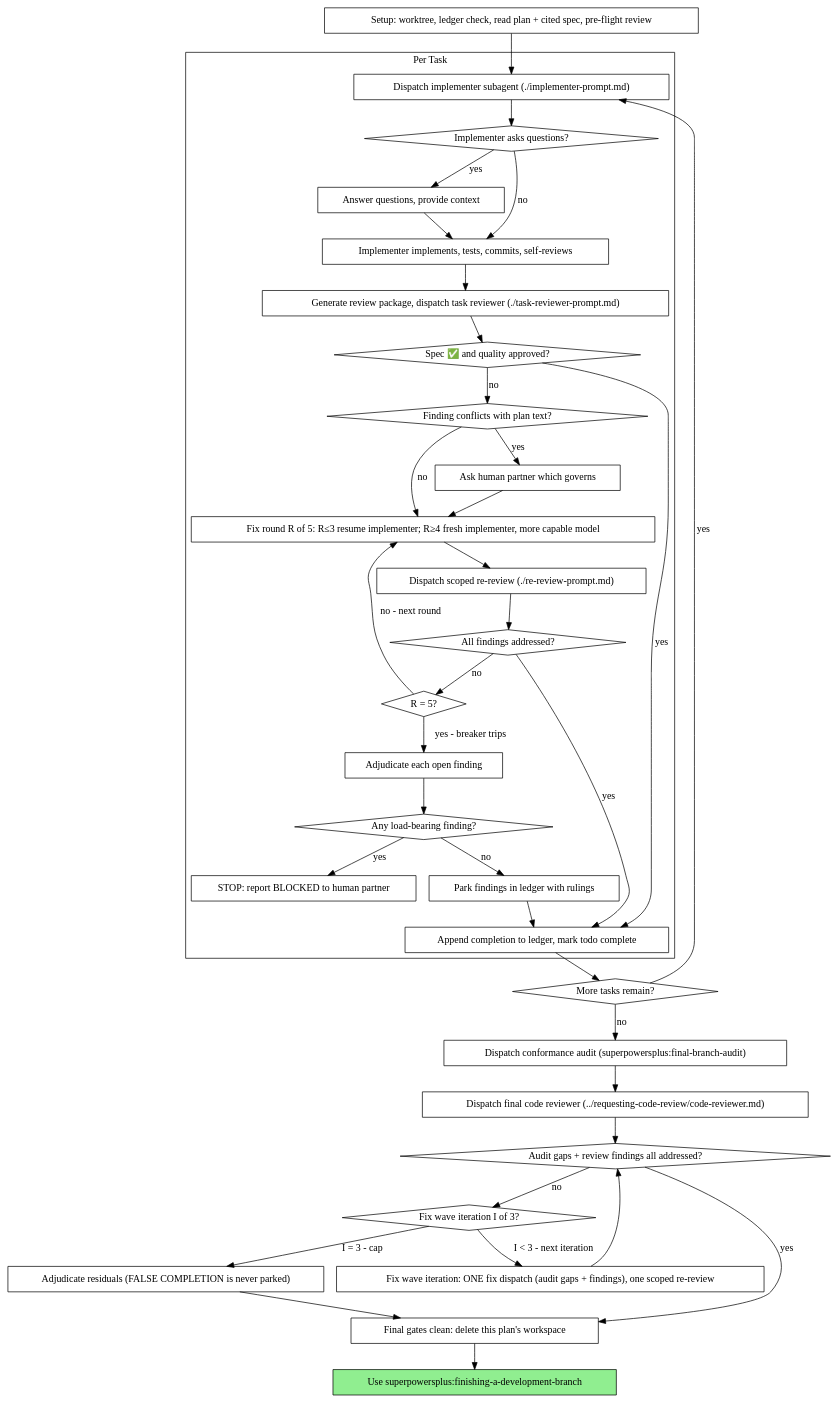
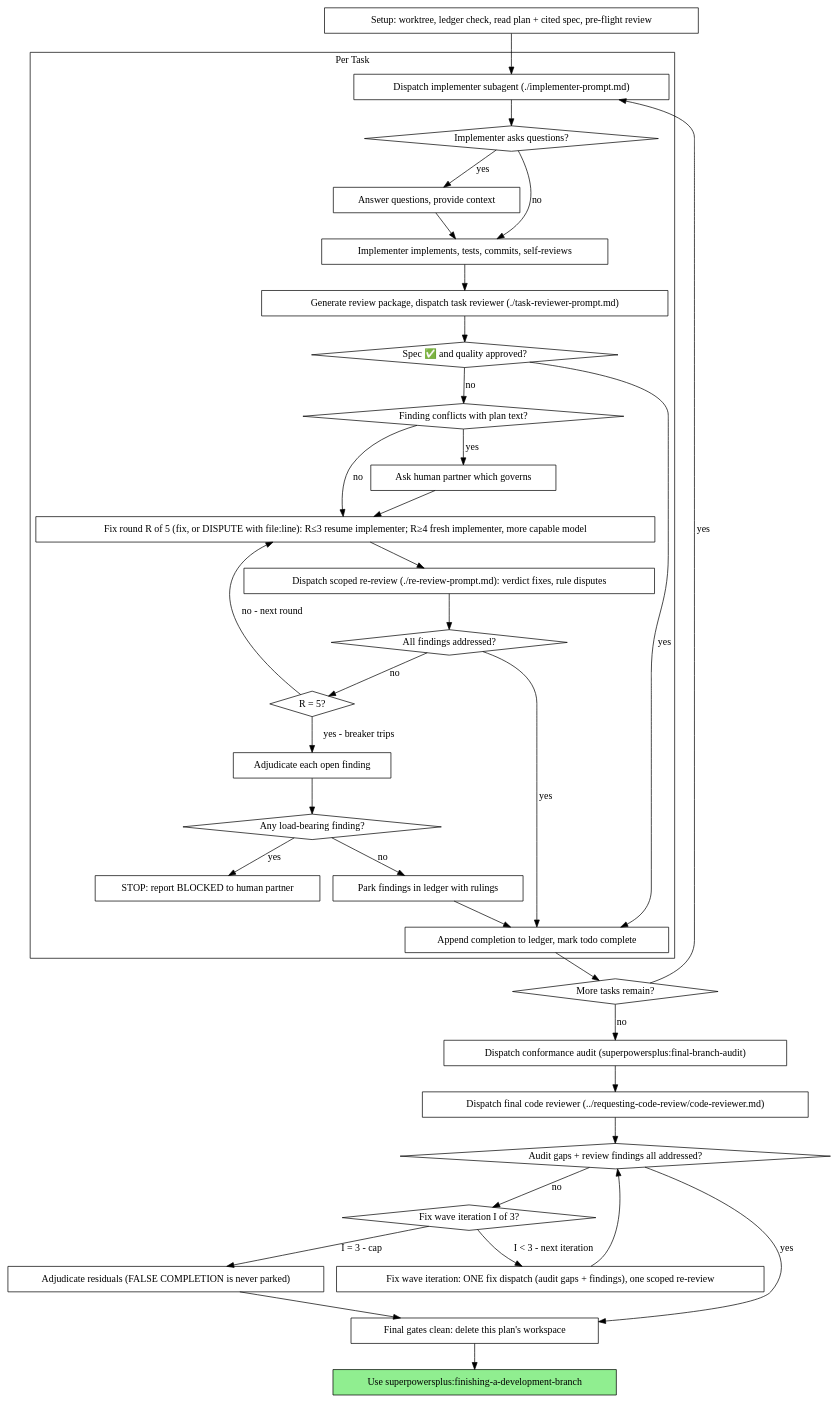
One commit to rodrigopaitach/superpowersplus changed the second of 2 diagrams in skills/subagent-driven-development/SKILL.md. Above: the diagram before and after it, drawn with Graphviz. The commit also changed other lines of this file and 3 other files, not shown here.

````diff
--- a/skills/subagent-driven-development/SKILL.md
+++ b/skills/subagent-driven-development/SKILL.md
@@ -55,72 +55,72 @@
 ```dot
 digraph process {
     rankdir=TB;
 
     subgraph cluster_per_task {
         label="Per Task";
         "Dispatch implementer subagent (./implementer-prompt.md)" [shape=box];
         "Implementer asks questions?" [shape=diamond];
         "Answer questions, provide context" [shape=box];
         "Implementer implements, tests, commits, self-reviews" [shape=box];
         "Generate review package, dispatch task reviewer (./task-reviewer-prompt.md)" [shape=box];
         "Spec ✅ and quality approved?" [shape=diamond];
         "Finding conflicts with plan text?" [shape=diamond];
         "Ask human partner which governs" [shape=box];
-        "Fix round R of 5: R≤3 resume implementer; R≥4 fresh implementer, more capable model" [shape=box];
-        "Dispatch scoped re-review (./re-review-prompt.md)" [shape=box];
+        "Fix round R of 5 (fix, or DISPUTE with file:line): R≤3 resume implementer; R≥4 fresh implementer, more capable model" [shape=box];
+        "Dispatch scoped re-review (./re-review-prompt.md): verdict fixes, rule disputes" [shape=box];
         "All findings addressed?" [shape=diamond];
         "R = 5?" [shape=diamond];
         "Adjudicate each open finding" [shape=box];
         "Any load-bearing finding?" [shape=diamond];
         "STOP: report BLOCKED to human partner" [shape=box];
         "Park findings in ledger with rulings" [shape=box];
         "Append completion to ledger, mark todo complete" [shape=box];
     }
 
     "Setup: worktree, ledger check, read plan + cited spec, pre-flight review" [shape=box];
     "More tasks remain?" [shape=diamond];
     "Dispatch conformance audit (superpowersplus:final-branch-audit)" [shape=box];
     "Dispatch final code reviewer (../requesting-code-review/code-reviewer.md)" [shape=box];
     "Audit gaps + review findings all addressed?" [shape=diamond];
     "Fix wave iteration I of 3?" [shape=diamond];
     "Fix wave iteration: ONE fix dispatch (audit gaps + findings), one scoped re-review" [shape=box];
     "Adjudicate residuals (FALSE COMPLETION is never parked)" [shape=box];
     "Final gates clean: delete this plan's workspace" [shape=box];
     "Use superpowersplus:finishing-a-development-branch" [shape=box style=filled fillcolor=lightgreen];
 
     "Setup: worktree, ledger check, read plan + cited spec, pre-flight review" -> "Dispatch implementer subagent (./implementer-prompt.md)";
     "Dispatch implementer subagent (./implementer-prompt.md)" -> "Implementer asks questions?";
     "Implementer asks questions?" -> "Answer questions, provide context" [label="yes"];
     "Answer questions, provide context" -> "Implementer implements, tests, commits, self-reviews";
     "Implementer asks questions?" -> "Implementer implements, tests, commits, self-reviews" [label="no"];
     "Implementer implements, tests, commits, self-reviews" -> "Generate review package, dispatch task reviewer (./task-reviewer-prompt.md)";
     "Generate review package, dispatch task reviewer (./task-reviewer-prompt.md)" -> "Spec ✅ and quality approved?";
     "Spec ✅ and quality approved?" -> "Append completion to ledger, mark todo complete" [label="yes"];
     "Spec ✅ and quality approved?" -> "Finding conflicts with plan text?" [label="no"];
     "Finding conflicts with plan text?" -> "Ask human partner which governs" [label="yes"];
-    "Ask human partner which governs" -> "Fix round R of 5: R≤3 resume implementer; R≥4 fresh implementer, more capable model";
-    "Finding conflicts with plan text?" -> "Fix round R of 5: R≤3 resume implementer; R≥4 fresh implementer, more capable model" [label="no"];
-    "Fix round R of 5: R≤3 resume implementer; R≥4 fresh implementer, more capable model" -> "Dispatch scoped re-review (./re-review-prompt.md)";
-    "Dispatch scoped re-review (./re-review-prompt.md)" -> "All findings addressed?";
+    "Ask human partner which governs" -> "Fix round R of 5 (fix, or DISPUTE with file:line): R≤3 resume implementer; R≥4 fresh implementer, more capable model";
+    "Finding conflicts with plan text?" -> "Fix round R of 5 (fix, or DISPUTE with file:line): R≤3 resume implementer; R≥4 fresh implementer, more capable model" [label="no"];
+    "Fix round R of 5 (fix, or DISPUTE with file:line): R≤3 resume implementer; R≥4 fresh implementer, more capable model" -> "Dispatch scoped re-review (./re-review-prompt.md): verdict fixes, rule disputes";
+    "Dispatch scoped re-review (./re-review-prompt.md): verdict fixes, rule disputes" -> "All findings addressed?";
     "All findings addressed?" -> "Append completion to ledger, mark todo complete" [label="yes"];
     "All findings addressed?" -> "R = 5?" [label="no"];
-    "R = 5?" -> "Fix round R of 5: R≤3 resume implementer; R≥4 fresh implementer, more capable model" [label="no - next round"];
+    "R = 5?" -> "Fix round R of 5 (fix, or DISPUTE with file:line): R≤3 resume implementer; R≥4 fresh implementer, more capable model" [label="no - next round"];
     "R = 5?" -> "Adjudicate each open finding" [label="yes - breaker trips"];
     "Adjudicate each open finding" -> "Any load-bearing finding?";
     "Any load-bearing finding?" -> "STOP: report BLOCKED to human partner" [label="yes"];
     "Any load-bearing finding?" -> "Park findings in ledger with rulings" [label="no"];
     "Park findings in ledger with rulings" -> "Append completion to ledger, mark todo complete";
     "Append completion to ledger, mark todo complete" -> "More tasks remain?";
     "More tasks remain?" -> "Dispatch implementer subagent (./implementer-prompt.md)" [label="yes"];
     "More tasks remain?" -> "Dispatch conformance audit (superpowersplus:final-branch-audit)" [label="no"];
     "Dispatch conformance audit (superpowersplus:final-branch-audit)" -> "Dispatch final code reviewer (../requesting-code-review/code-reviewer.md)";
     "Dispatch final code reviewer (../requesting-code-review/code-reviewer.md)" -> "Audit gaps + review findings all addressed?";
     "Audit gaps + review findings all addressed?" -> "Final gates clean: delete this plan's workspace" [label="yes"];
     "Audit gaps + review findings all addressed?" -> "Fix wave iteration I of 3?" [label="no"];
     "Fix wave iteration I of 3?" -> "Fix wave iteration: ONE fix dispatch (audit gaps + findings), one scoped re-review" [label="I < 3 - next iteration"];
     "Fix wave iteration I of 3?" -> "Adjudicate residuals (FALSE COMPLETION is never parked)" [label="I = 3 - cap"];
     "Fix wave iteration: ONE fix dispatch (audit gaps + findings), one scoped re-review" -> "Audit gaps + review findings all addressed?";
     "Adjudicate residuals (FALSE COMPLETION is never parked)" -> "Final gates clean: delete this plan's workspace";
     "Final gates clean: delete this plan's workspace" -> "Use superpowersplus:finishing-a-development-branch";
 }
 ```
````
